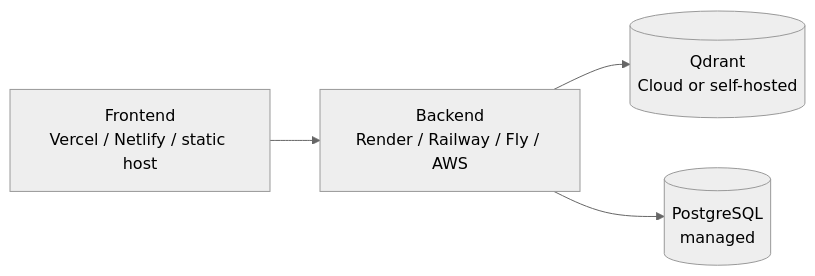
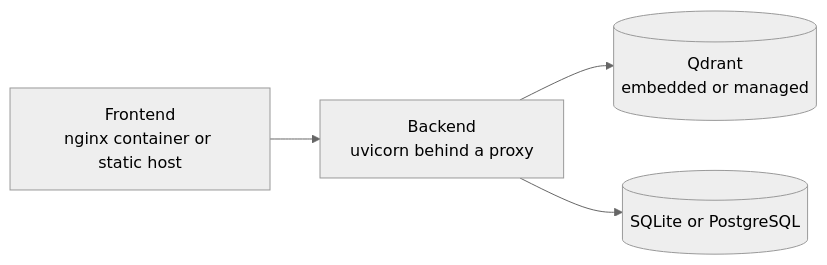
Before and after one commit to suryansh24-coder/HR-RAG-: the fourth of 4 diagrams in docs/ARCHITECTURE.md, drawn with Mermaid (neutral theme). The commit also changed other lines of this file and 62 other files, not shown here.

````diff
--- a/docs/ARCHITECTURE.md
+++ b/docs/ARCHITECTURE.md
@@ -231,6 +291,6 @@
 ```mermaid
 flowchart LR
-    FE[Frontend<br/>Vercel / Netlify / static host] --> API[Backend<br/>Render / Railway / Fly / AWS]
-    API --> Q[(Qdrant<br/>Cloud or self-hosted)]
-    API --> PG[(PostgreSQL<br/>managed)]
+    FE[Frontend<br/>nginx container or static host] --> API[Backend<br/>uvicorn behind a proxy]
+    API --> Q[(Qdrant<br/>embedded or managed)]
+    API --> PG[(SQLite or PostgreSQL)]
 ```
````
